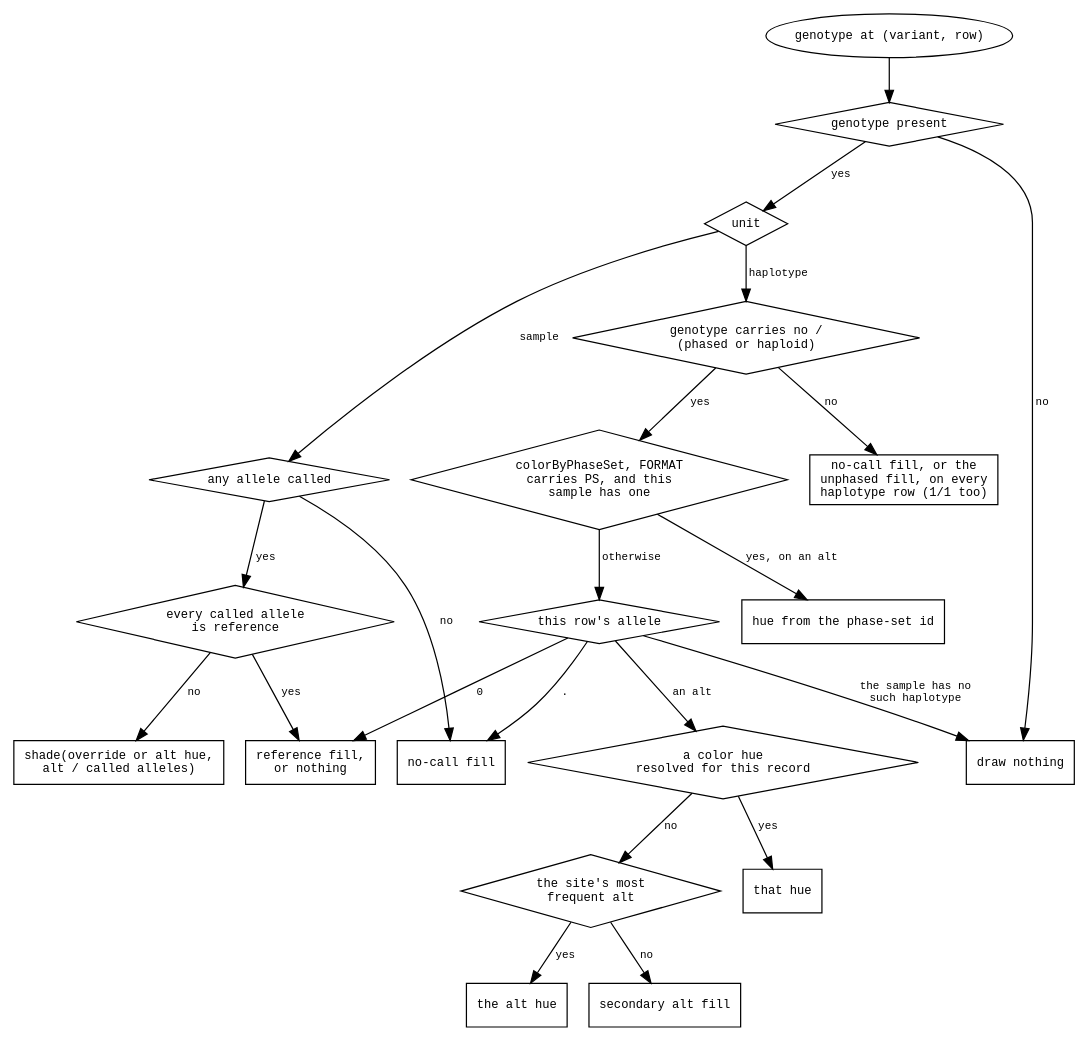
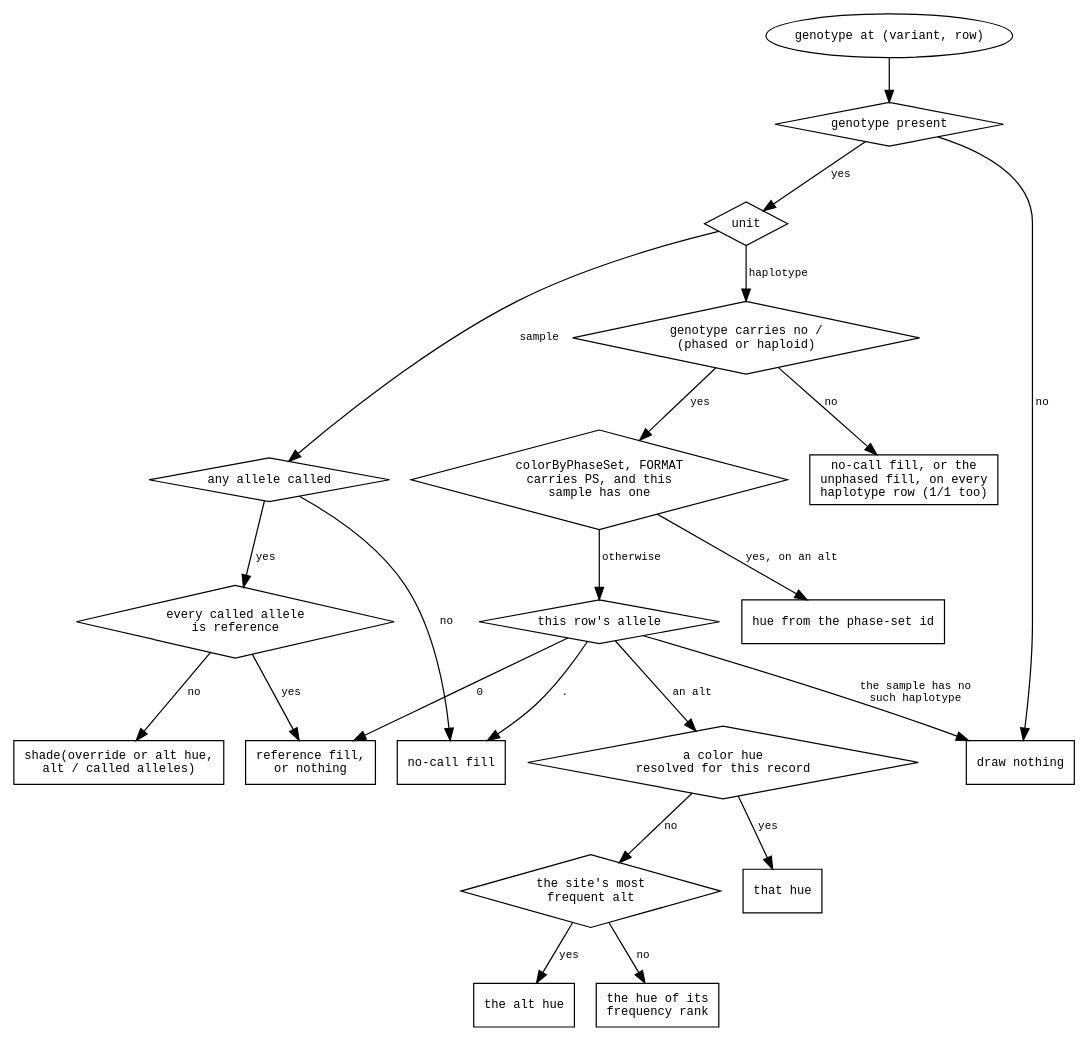
The diagram in agent-docs/reference/diagrams/variants-cell-color.dot (GMOD/jbrowse-components), drawn with Graphviz before and after one commit. The commit also changed 7 other files, not shown here.

Commit message:
ADR-284 and the variant references record the allele-rank hue and the SV key's unnamed class

```diff
--- a/agent-docs/reference/diagrams/variants-cell-color.dot
+++ b/agent-docs/reference/diagrams/variants-cell-color.dot
@@ -1,55 +1,55 @@
 digraph variant_cell_color {
   rankdir=TB
   node [shape=box fontname=monospace fontsize=10]
   edge [fontname=monospace fontsize=9]
   { node [shape=diamond] have; mode; ps; phased; allele; alt; override; called; allref }
 
   start [label="genotype at (variant, row)", shape=oval]
   start -> have
   have [label="genotype present"]
   have -> nothing [label=" no"]
   have -> mode    [label=" yes"]
   nothing [label="draw nothing"]
 
   mode [label="unit"]
   mode -> phased [label=" haplotype"]
   mode -> called [label=" sample"]
 
   phased [label="genotype carries no /\n(phased or haploid)"]
   phased -> uncalled [label=" no"]
   phased -> ps       [label=" yes"]
   uncalled [label="no-call fill, or the\nunphased fill, on every\nhaplotype row (1/1 too)"]
 
   ps [label="colorByPhaseSet, FORMAT\ncarries PS, and this\nsample has one"]
   ps -> pshue  [label=" yes, on an alt"]
   ps -> allele [label=" otherwise"]
   pshue [label="hue from the phase-set id"]
 
   allele [label="this row's allele"]
   allele -> nothing   [label=" the sample has no\n such haplotype"]
   allele -> nocallcol [label=" ."]
   allele -> refcol    [label=" 0"]
   allele -> override  [label=" an alt"]
   nocallcol [label="no-call fill"]
   refcol    [label="reference fill,\nor nothing"]
 
   override [label="a color hue\nresolved for this record"]
   override -> ovcol [label=" yes"]
   override -> alt   [label=" no"]
   ovcol [label="that hue"]
 
   alt [label="the site's most\nfrequent alt"]
   alt -> althue    [label=" yes"]
   alt -> secondary [label=" no"]
   althue    [label="the alt hue"]
-  secondary [label="secondary alt fill"]
+  secondary [label="the hue of its\nfrequency rank"]
 
   called [label="any allele called"]
   called -> nocallcol [label=" no"]
   called -> allref    [label=" yes"]
 
   allref [label="every called allele\nis reference"]
   allref -> refcol [label=" yes"]
   allref -> dosage [label=" no"]
   dosage [label="shade(override or alt hue,\nalt / called alleles)"]
 }
```
